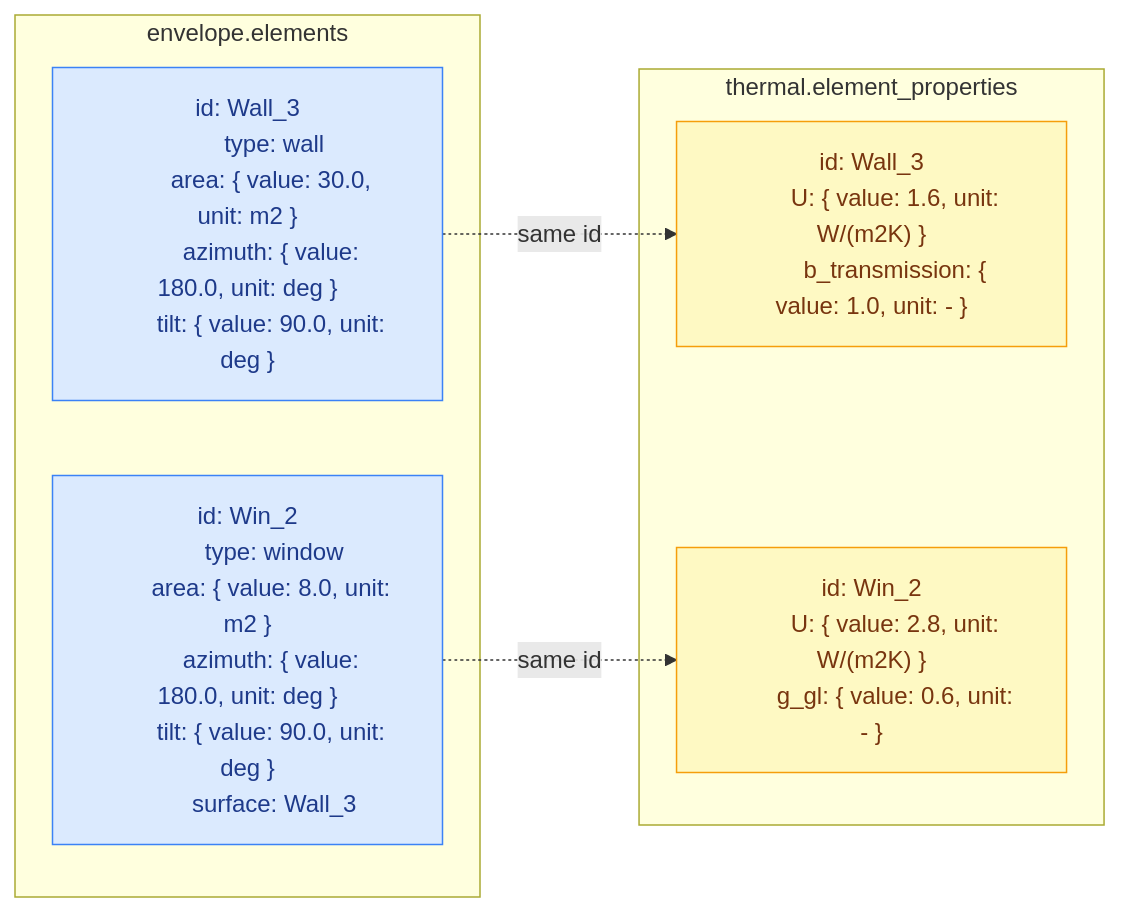
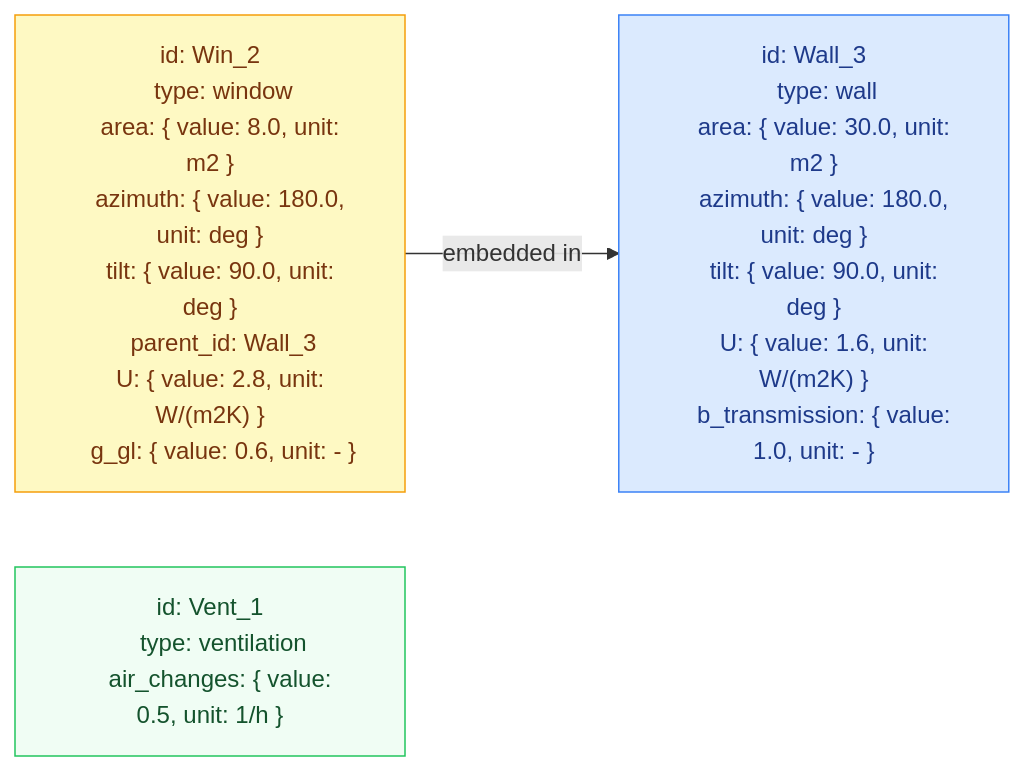
One commit to enerplanet/buem-gateway changed the second of 3 diagrams in SCHEMA_OVERVIEW.md. Above: the diagram before and after it, drawn with Mermaid. The commit also changed other lines of this file, not shown here.

Commit message:
Update BUEM v3 schema overview: Refine request and response structures, clarify envelope and thermal properties

````diff
--- a/SCHEMA_OVERVIEW.md
+++ b/SCHEMA_OVERVIEW.md
@@ -131,33 +130,29 @@
 ```mermaid
 flowchart LR
     classDef geo fill:#dbeafe,stroke:#3b82f6,color:#1e3a8a
-    classDef thm fill:#fef9c3,stroke:#f59e0b,color:#78350f
+    classDef win fill:#fef9c3,stroke:#f59e0b,color:#78350f
+    classDef ven fill:#f0fdf4,stroke:#22c55e,color:#14532d
 
-    subgraph env["envelope.elements"]
-        E1["id: Wall_3
-        type: wall
-        area: { value: 30.0, unit: m2 }
-        azimuth: { value: 180.0, unit: deg }
-        tilt: { value: 90.0, unit: deg }"]:::geo
+    W["id: Wall_3
+    type: wall
+    area: { value: 30.0, unit: m2 }
+    azimuth: { value: 180.0, unit: deg }
+    tilt: { value: 90.0, unit: deg }
+    U: { value: 1.6, unit: W/(m2K) }
+    b_transmission: { value: 1.0, unit: - }"]:::geo
 
-        E2["id: Win_2
-        type: window
-        area: { value: 8.0, unit: m2 }
-        azimuth: { value: 180.0, unit: deg }
-        tilt: { value: 90.0, unit: deg }
-        surface: Wall_3"]:::geo
-    end
+    WN["id: Win_2
+    type: window
+    area: { value: 8.0, unit: m2 }
+    azimuth: { value: 180.0, unit: deg }
+    tilt: { value: 90.0, unit: deg }
+    parent_id: Wall_3
+    U: { value: 2.8, unit: W/(m2K) }
+    g_gl: { value: 0.6, unit: - }"]:::win
 
-    subgraph thm["thermal.element_properties"]
-        T1["id: Wall_3
-        U: { value: 1.6, unit: W/(m2K) }
-        b_transmission: { value: 1.0, unit: - }"]:::thm
+    VN["id: Vent_1
+    type: ventilation
+    air_changes: { value: 0.5, unit: 1/h }"]:::ven
 
-        T2["id: Win_2
-        U: { value: 2.8, unit: W/(m2K) }
-        g_gl: { value: 0.6, unit: - }"]:::thm
-    end
-
-    E1 -. "same id" .-> T1
-    E2 -. "same id" .-> T2
+    WN -- "embedded in" --> W
 ```
````
